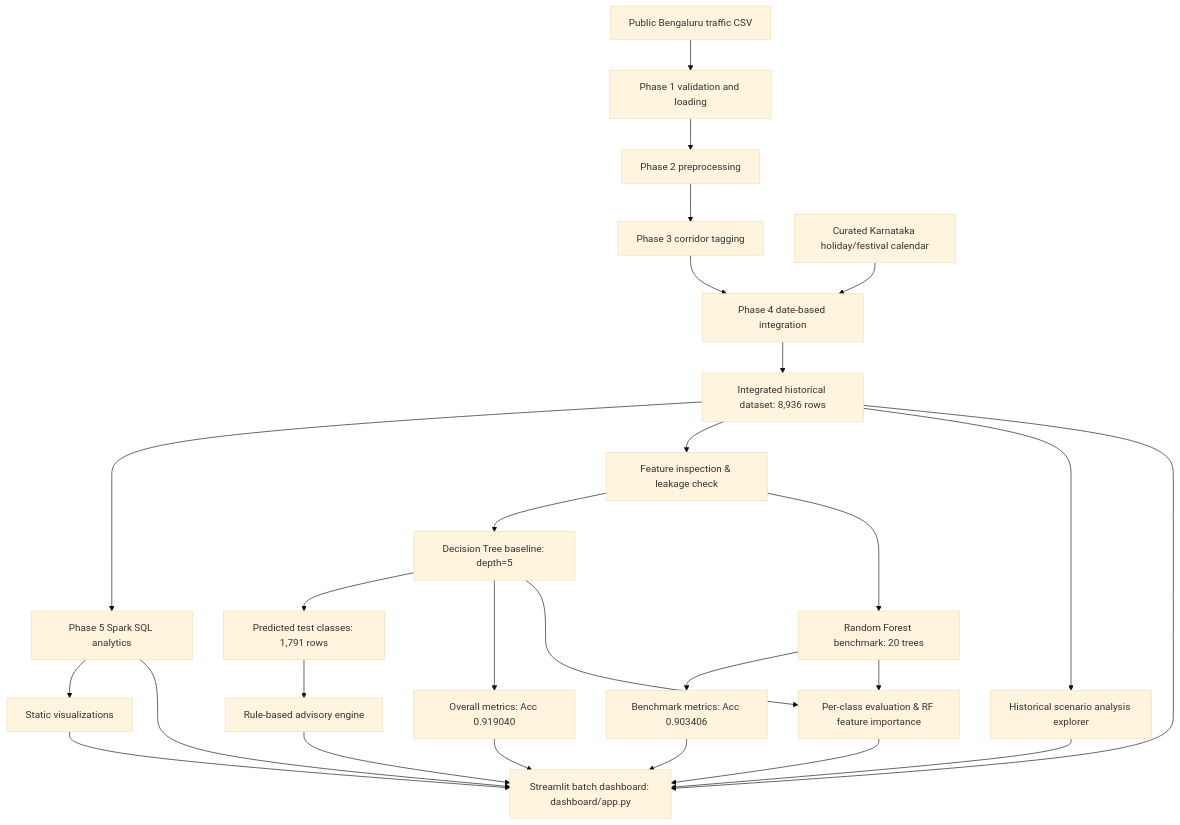
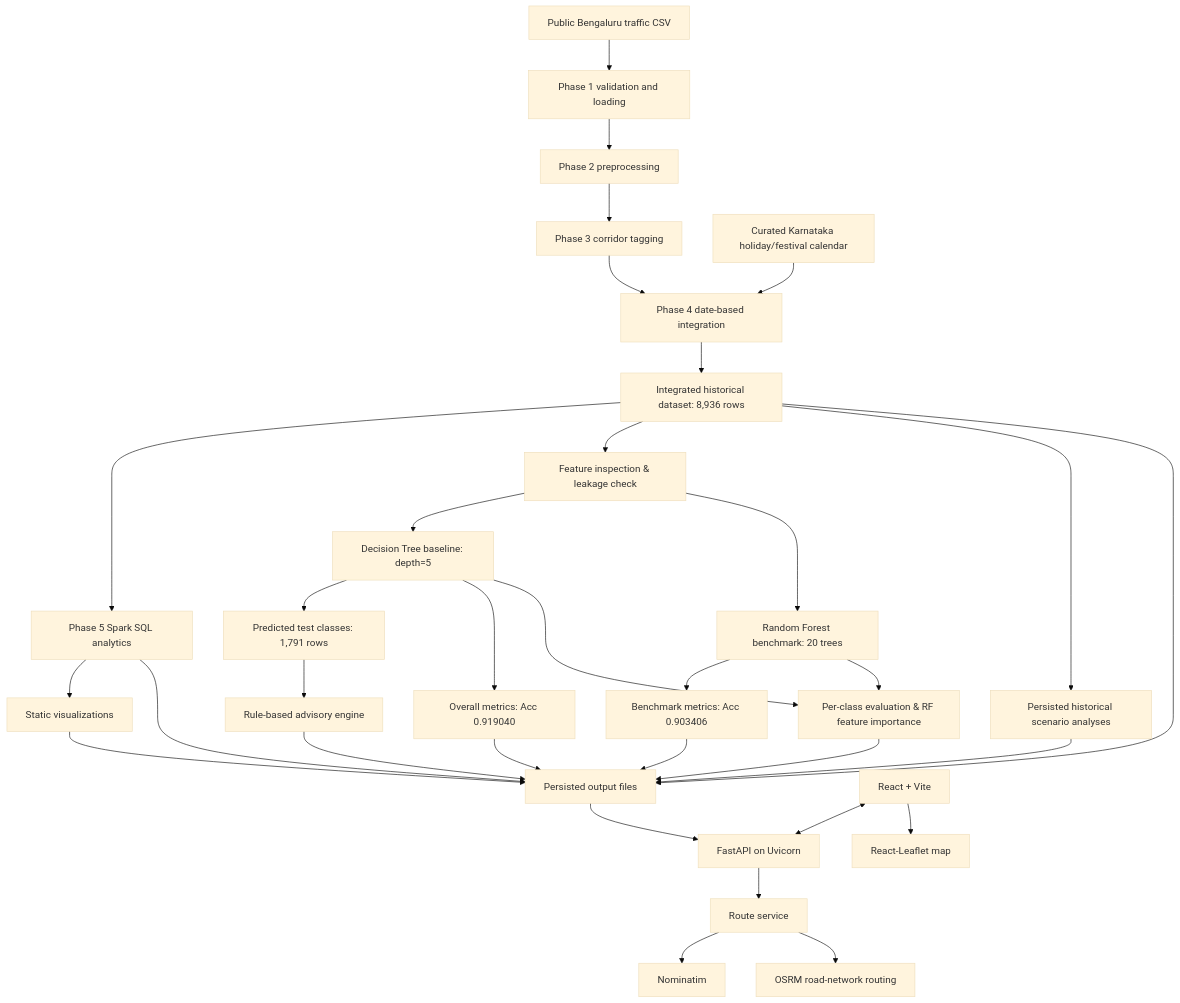
One commit to shivraj-devraj/Smart-Mobility changed the diagram in docs/PROJECT_DOCUMENTATION.md. Above: the diagram before and after it, drawn with Mermaid (base theme). The commit also changed other lines of this file and 16 other files, not shown here.

````diff
--- a/docs/PROJECT_DOCUMENTATION.md
+++ b/docs/PROJECT_DOCUMENTATION.md
@@ -113,21 +113,27 @@
 ```mermaid
 flowchart TD
     A[Public Bengaluru traffic CSV] --> B[Phase 1 validation and loading]
     B --> C[Phase 2 preprocessing]
     C --> D[Phase 3 corridor tagging]
     D --> E[Phase 4 date-based integration]
     H[Curated Karnataka holiday/festival calendar] --> E
     E --> F[Integrated historical dataset: 8,936 rows]
     F --> G[Phase 5 Spark SQL analytics]
     F --> I[Feature inspection & leakage check]
     I --> J1[Decision Tree baseline: depth=5]
     I --> J2[Random Forest benchmark: 20 trees]
     J1 --> K[Predicted test classes: 1,791 rows]
     K --> L[Rule-based advisory engine]
     J1 --> M1[Overall metrics: Acc 0.919040]
     J2 --> M2[Benchmark metrics: Acc 0.903406]
     J1 & J2 --> P[Per-class evaluation & RF feature importance]
-    F --> Q[Historical scenario analysis explorer]
+    F --> Q[Persisted historical scenario analyses]
     G --> R[Static visualizations]
-    F & G & L & M1 & M2 & P & Q & R --> S[Streamlit batch dashboard: dashboard/app.py]
+    F & G & L & M1 & M2 & P & Q & R --> S[Persisted output files]
+    S --> API[FastAPI on Uvicorn]
+    UI[React + Vite] <--> API
+    API --> ROUTE[Route service]
+    ROUTE --> NOM[Nominatim]
+    ROUTE --> OSRM[OSRM road-network routing]
+    UI --> MAP[React-Leaflet map]
 ```
````
